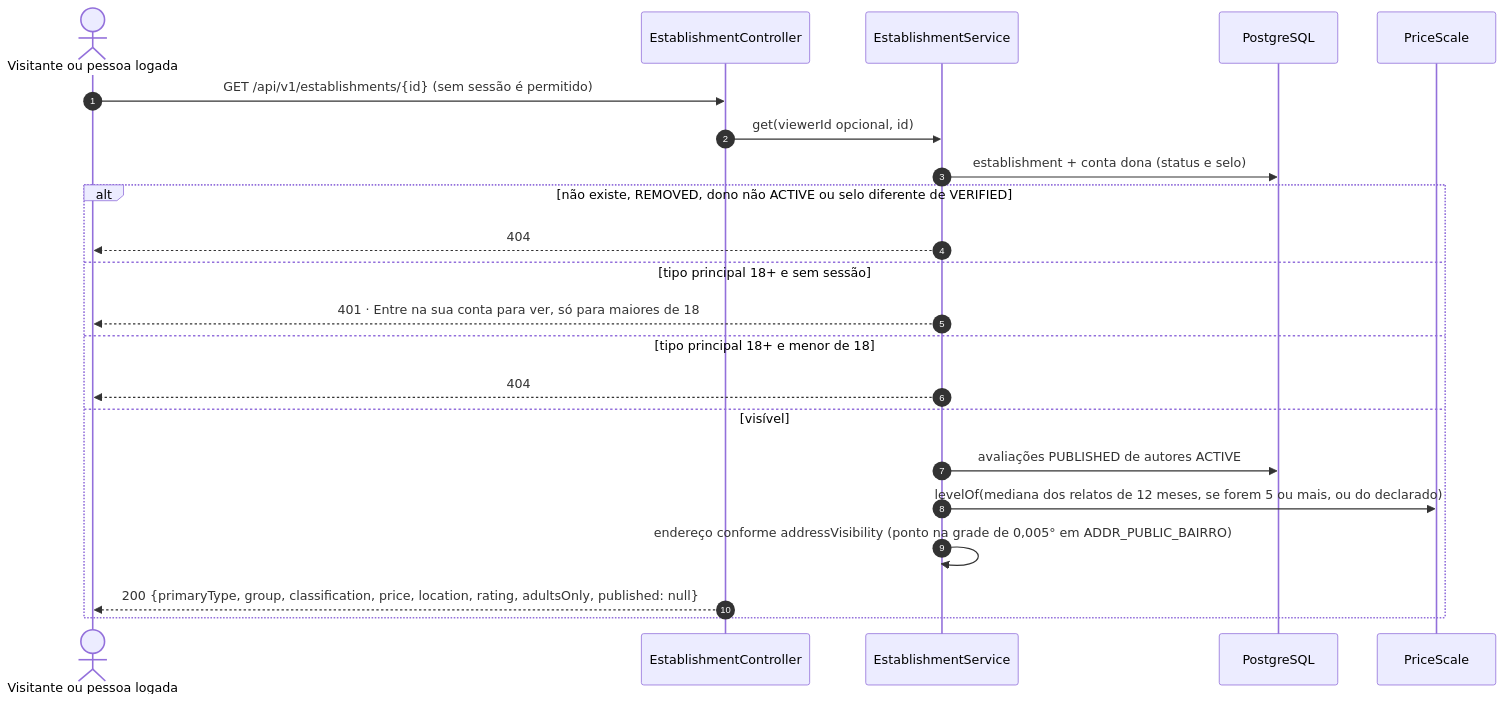
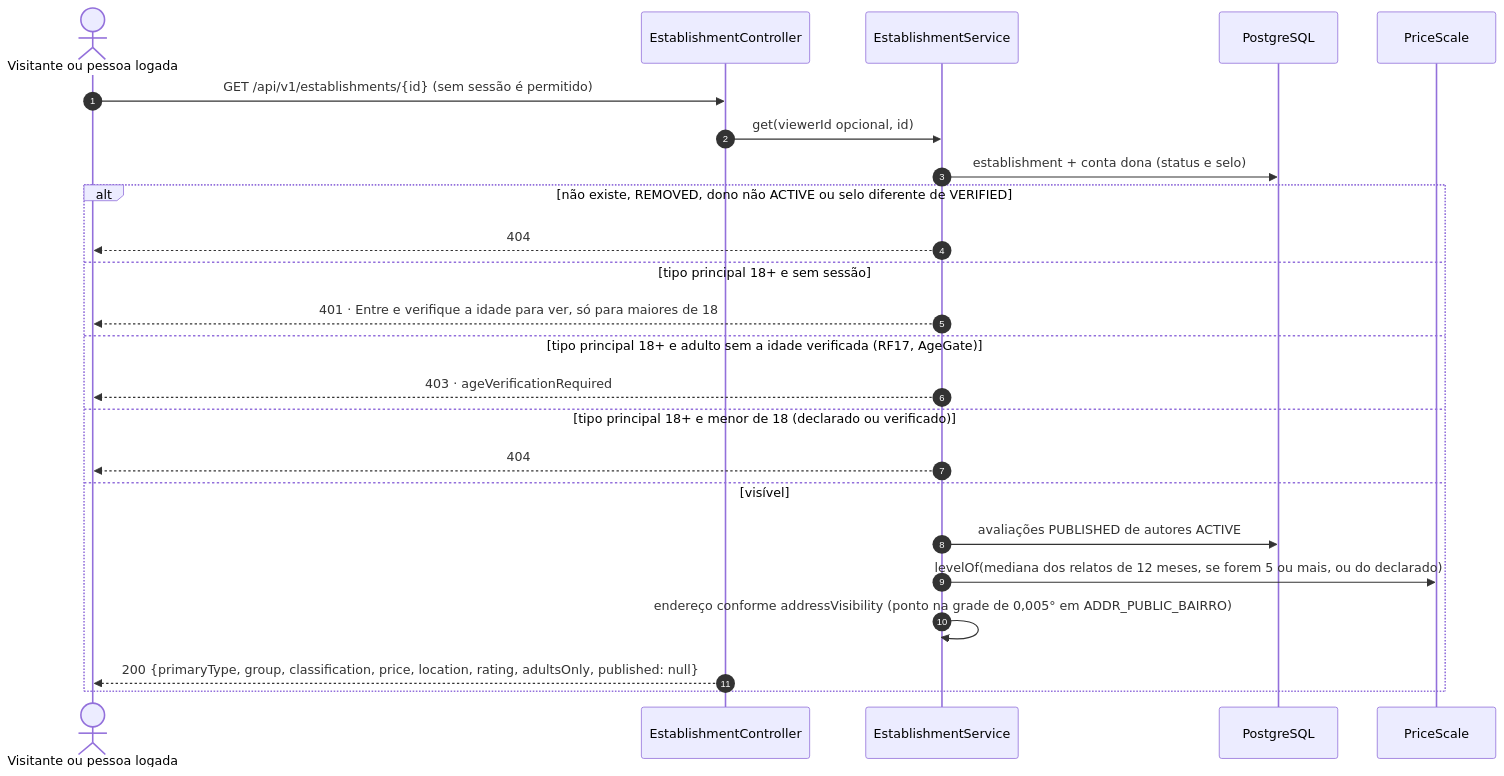
One commit to MatheusHaliski/Friendly-Eats changed the second of 2 diagrams in docs/RF6/sequencia.md. Above: the diagram before and after it, drawn with Mermaid. The commit also changed 71 other files, not shown here.

````diff
--- a/docs/RF6/sequencia.md
+++ b/docs/RF6/sequencia.md
@@ -53,25 +53,27 @@
 ```mermaid
 sequenceDiagram
     autonumber
     actor V as Visitante ou pessoa logada
     participant API as EstablishmentController
     participant S as EstablishmentService
     participant DB as PostgreSQL
     participant PS as PriceScale
 
     V->>API: GET /api/v1/establishments/{id} (sem sessão é permitido)
     API->>S: get(viewerId opcional, id)
     S->>DB: establishment + conta dona (status e selo)
     alt não existe, REMOVED, dono não ACTIVE ou selo diferente de VERIFIED
         S-->>V: 404
     else tipo principal 18+ e sem sessão
-        S-->>V: 401 · Entre na sua conta para ver, só para maiores de 18
-    else tipo principal 18+ e menor de 18
+        S-->>V: 401 · Entre e verifique a idade para ver, só para maiores de 18
+    else tipo principal 18+ e adulto sem a idade verificada (RF17, AgeGate)
+        S-->>V: 403 · ageVerificationRequired
+    else tipo principal 18+ e menor de 18 (declarado ou verificado)
         S-->>V: 404
     else visível
         S->>DB: avaliações PUBLISHED de autores ACTIVE
         S->>PS: levelOf(mediana dos relatos de 12 meses, se forem 5 ou mais, ou do declarado)
         S->>S: endereço conforme addressVisibility (ponto na grade de 0,005° em ADDR_PUBLIC_BAIRRO)
         API-->>V: 200 {primaryType, group, classification, price, location, rating, adultsOnly, published: null}
     end
 ```
````
